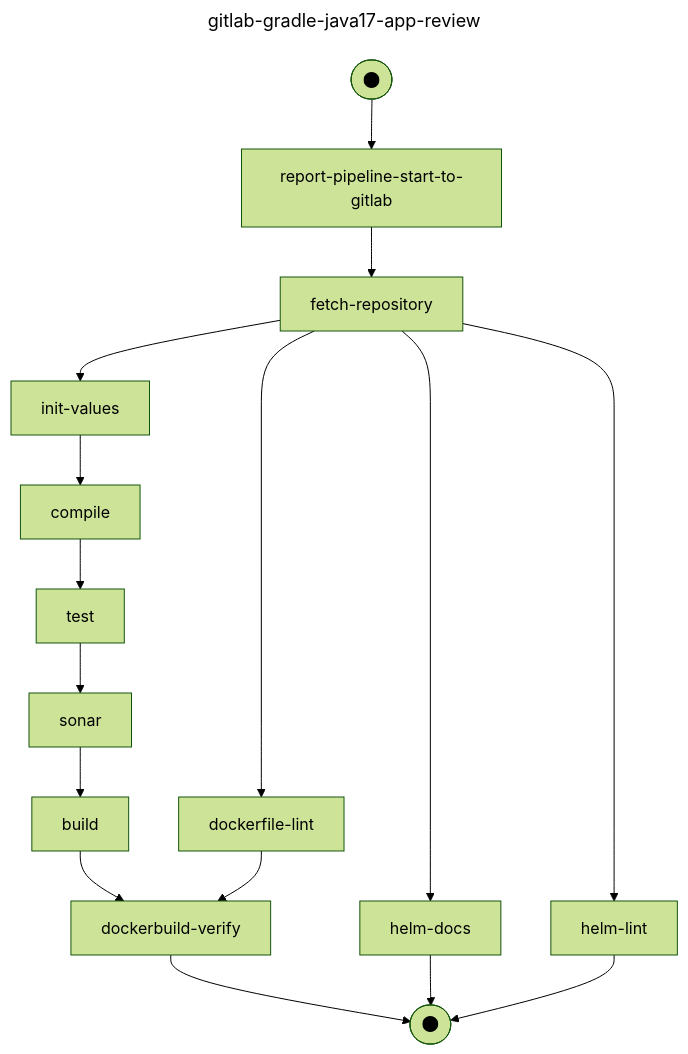
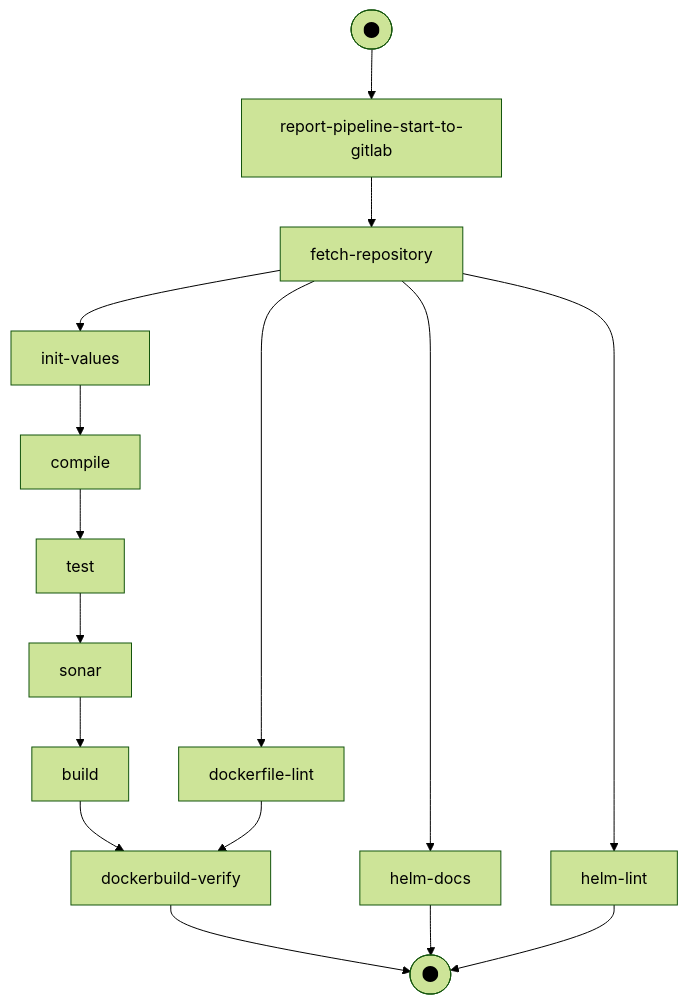
The diagram in docs/user-guide/code-review-pipeline.md (epam/edp-install), drawn with Mermaid (forest theme) before and after one commit. The commit also changed 16 other files, not shown here.

````diff
--- a/docs/user-guide/code-review-pipeline.md
+++ b/docs/user-guide/code-review-pipeline.md
@@ -16,21 +16,18 @@
 ```mermaid
----
-title: gitlab-gradle-java17-app-review
----
 flowchart TD
    build --> dockerbuild-verify
    compile --> test
    dockerbuild-verify --> stop([fa:fa-circle])
    dockerfile-lint --> dockerbuild-verify
    fetch-repository --> init-values
    fetch-repository --> helm-docs
    fetch-repository --> dockerfile-lint
    fetch-repository --> helm-lint
    helm-docs --> stop([fa:fa-circle])
    helm-lint --> stop([fa:fa-circle])
    init-values --> compile
    start([fa:fa-circle]) --> report-pipeline-start-to-gitlab
    report-pipeline-start-to-gitlab --> fetch-repository
    sonar --> build
    test --> sonar
 ```
````
